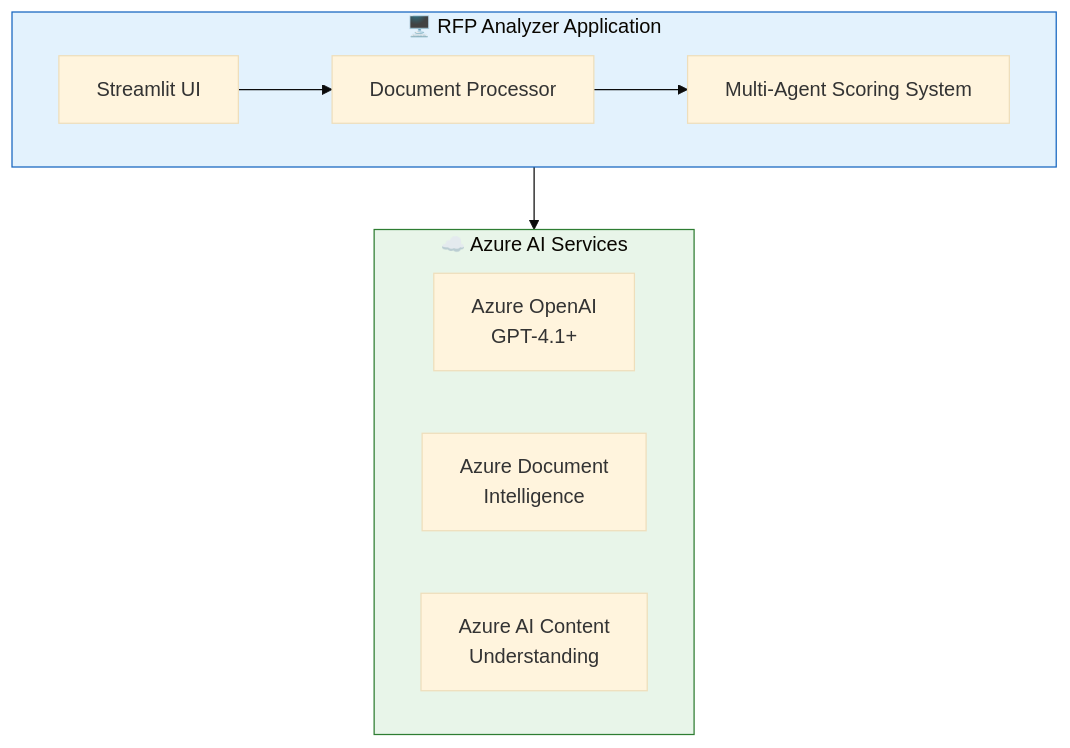
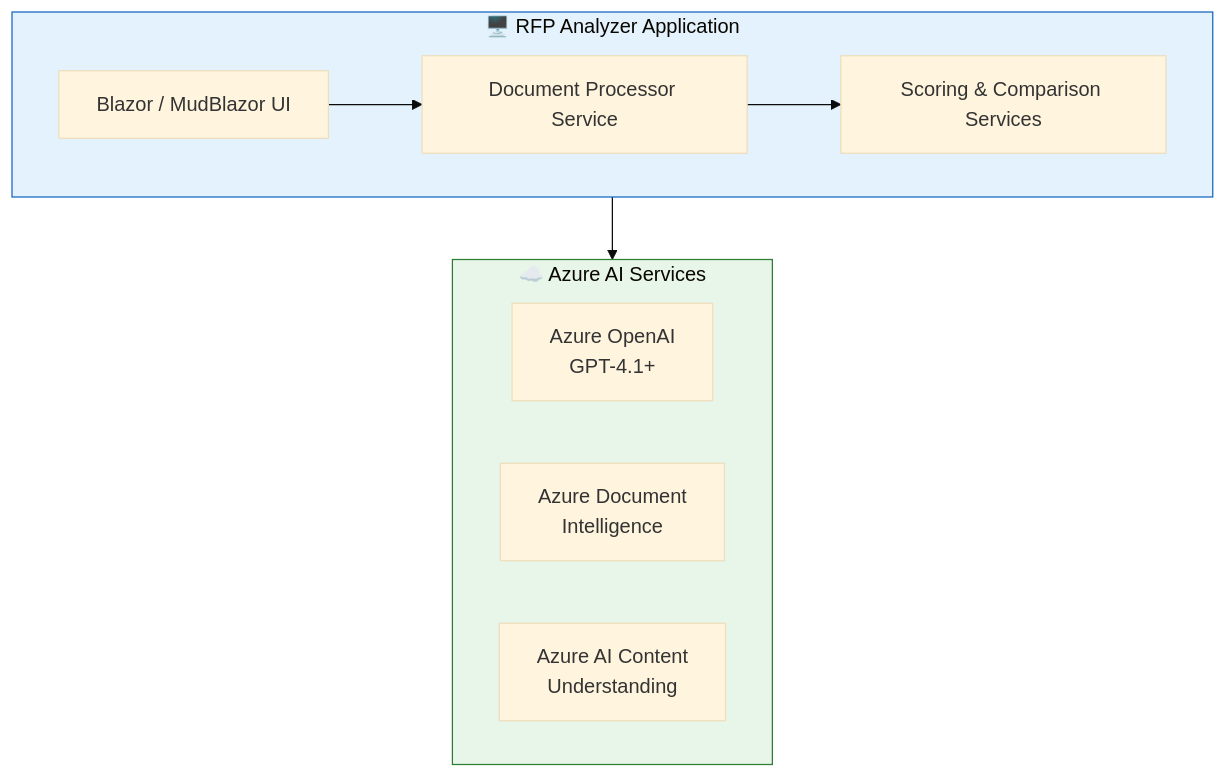
The diagram in README.md (amgdy/rfp-analyzer), drawn with Mermaid (base theme) before and after one commit. The commit also changed other lines of this file, not shown here.

Commit message:
Update README.md to reflect .NET 10 Blazor rewrite

````diff
--- a/README.md
+++ b/README.md
@@ -67,20 +64,20 @@
 ```mermaid
 flowchart TB
     subgraph App["🖥️ RFP Analyzer Application"]
-        UI["Streamlit UI"]
-        DP["Document Processor"]
-        MAS["Multi-Agent Scoring System"]
-        UI --> DP --> MAS
+        UI["Blazor / MudBlazor UI"]
+        DP["Document Processor Service"]
+        SS["Scoring & Comparison Services"]
+        UI --> DP --> SS
     end
     
     subgraph Azure["☁️ Azure AI Services"]
         AOAI["Azure OpenAI<br>GPT-4.1+"]
         ADI["Azure Document<br>Intelligence"]
         ACU["Azure AI Content<br>Understanding"]
     end
     
     App --> Azure
     
     style App fill:#e3f2fd,stroke:#1565c0
     style Azure fill:#e8f5e9,stroke:#2e7d32
 ```
````
